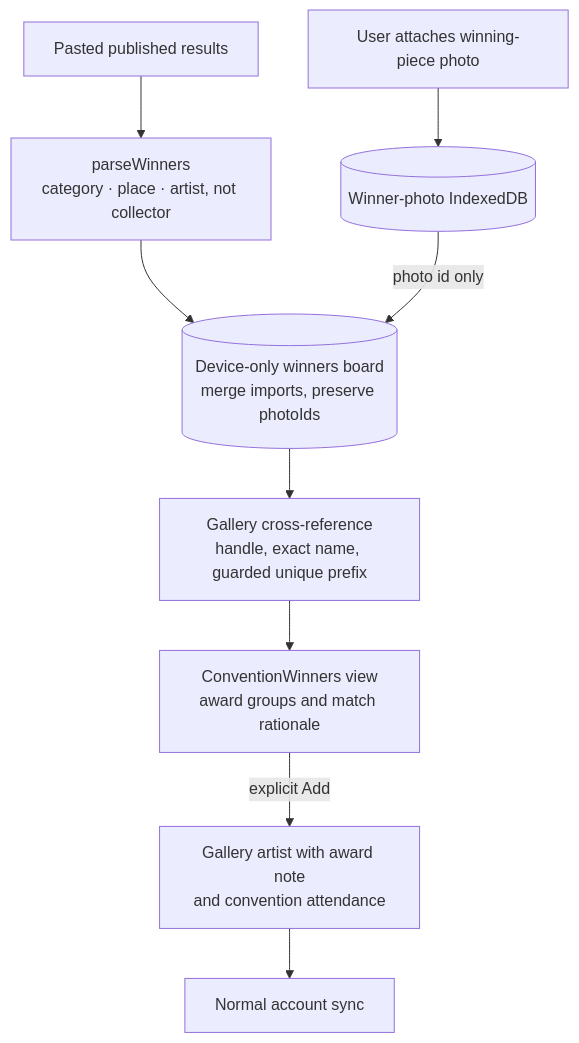
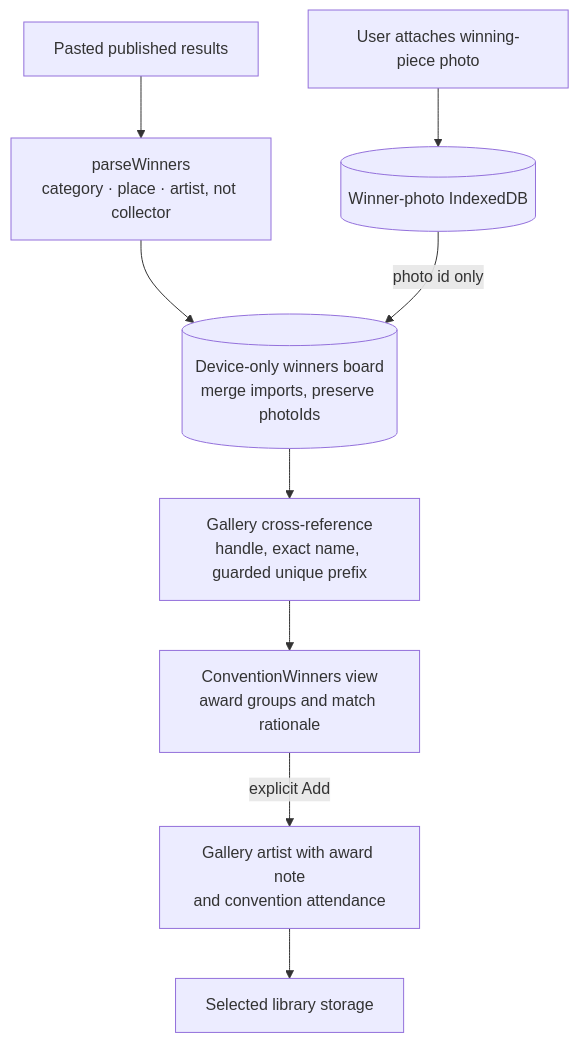
One commit to Pritesh1980/sable changed diagram 13 of 13 in docs/ARCHITECTURE.md. Above: the diagram before and after it, drawn with Mermaid. The commit also changed other lines of this file and 39 other files, not shown here.

````diff
--- a/docs/ARCHITECTURE.md
+++ b/docs/ARCHITECTURE.md
@@ -673,11 +673,11 @@
 ```mermaid
 flowchart TB
   SOURCE["Pasted published results"] --> PARSER["parseWinners<br/>category · place · artist, not collector"]
   PARSER --> BOARD[("Device-only winners board<br/>merge imports, preserve photoIds")]
   BOARD --> MATCH["Gallery cross-reference<br/>handle, exact name, guarded unique prefix"]
   PHOTO["User attaches winning-piece photo"] --> BYTES[("Winner-photo IndexedDB")]
   BYTES -- "photo id only" --> BOARD
   MATCH --> VIEW["ConventionWinners view<br/>award groups and match rationale"]
   VIEW -- "explicit Add" --> KEEP["Gallery artist with award note<br/>and convention attendance"]
-  KEEP --> SYNC["Normal account sync"]
+  KEEP --> SYNC["Selected library storage"]
 ```
````
